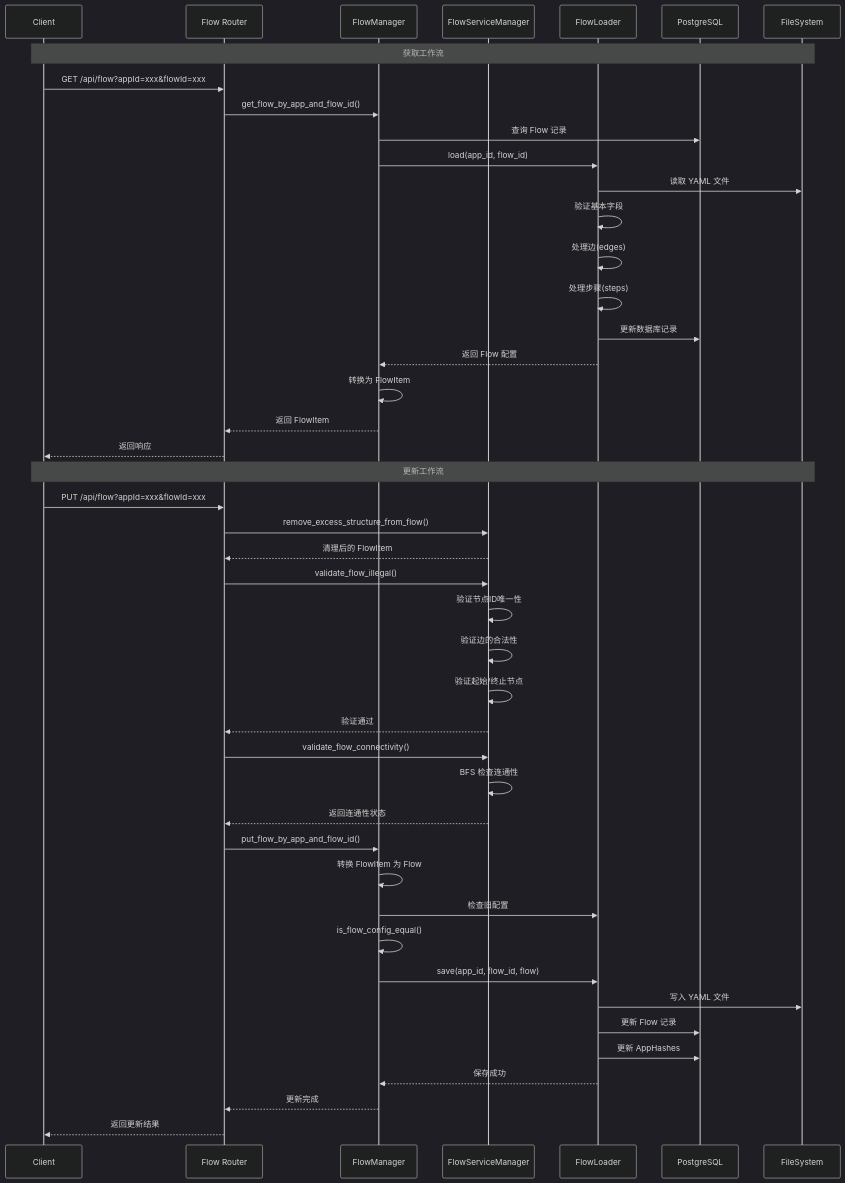
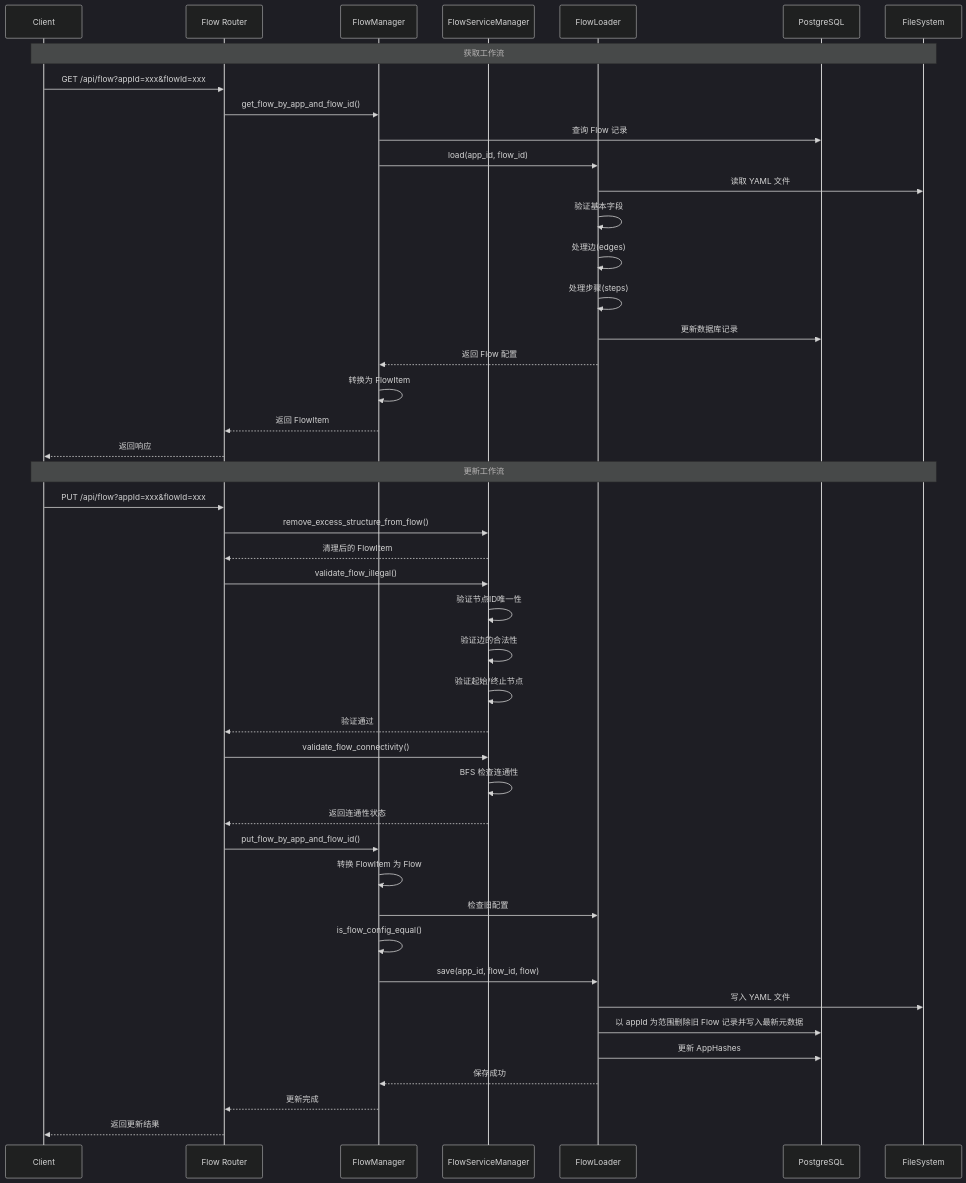
The third of 10 diagrams in design/services/flow.md (HongyuS/euler-copilot-framework), drawn with Mermaid (dark theme) before and after one commit. The commit also changed other lines of this file and 7 other files, not shown here.

````diff
--- a/design/services/flow.md
+++ b/design/services/flow.md
@@ -134,49 +134,49 @@
 ```mermaid
 sequenceDiagram
     participant Client
     participant API as Flow Router
     participant FM as FlowManager
     participant FSM as FlowServiceManager
     participant FL as FlowLoader
     participant DB as PostgreSQL
     participant FS as FileSystem
 
     Note over Client,FS: 获取工作流
     Client->>API: GET /api/flow?appId=xxx&flowId=xxx
     API->>FM: get_flow_by_app_and_flow_id()
     FM->>DB: 查询 Flow 记录
     FM->>FL: load(app_id, flow_id)
     FL->>FS: 读取 YAML 文件
     FL->>FL: 验证基本字段
     FL->>FL: 处理边(edges)
     FL->>FL: 处理步骤(steps)
     FL->>DB: 更新数据库记录
     FL-->>FM: 返回 Flow 配置
     FM->>FM: 转换为 FlowItem
     FM-->>API: 返回 FlowItem
     API-->>Client: 返回响应
 
     Note over Client,FS: 更新工作流
     Client->>API: PUT /api/flow?appId=xxx&flowId=xxx
     API->>FSM: remove_excess_structure_from_flow()
     FSM-->>API: 清理后的 FlowItem
     API->>FSM: validate_flow_illegal()
     FSM->>FSM: 验证节点ID唯一性
     FSM->>FSM: 验证边的合法性
     FSM->>FSM: 验证起始/终止节点
     FSM-->>API: 验证通过
     API->>FSM: validate_flow_connectivity()
     FSM->>FSM: BFS 检查连通性
     FSM-->>API: 返回连通性状态
     API->>FM: put_flow_by_app_and_flow_id()
     FM->>FM: 转换 FlowItem 为 Flow
     FM->>FL: 检查旧配置
     FM->>FM: is_flow_config_equal()
     FM->>FL: save(app_id, flow_id, flow)
     FL->>FS: 写入 YAML 文件
-    FL->>DB: 更新 Flow 记录
+    FL->>DB: 以 appId 为范围删除旧 Flow 记录并写入最新元数据
     FL->>DB: 更新 AppHashes
     FL-->>FM: 保存成功
     FM-->>API: 更新完成
     API-->>Client: 返回更新结果
 ```
````
